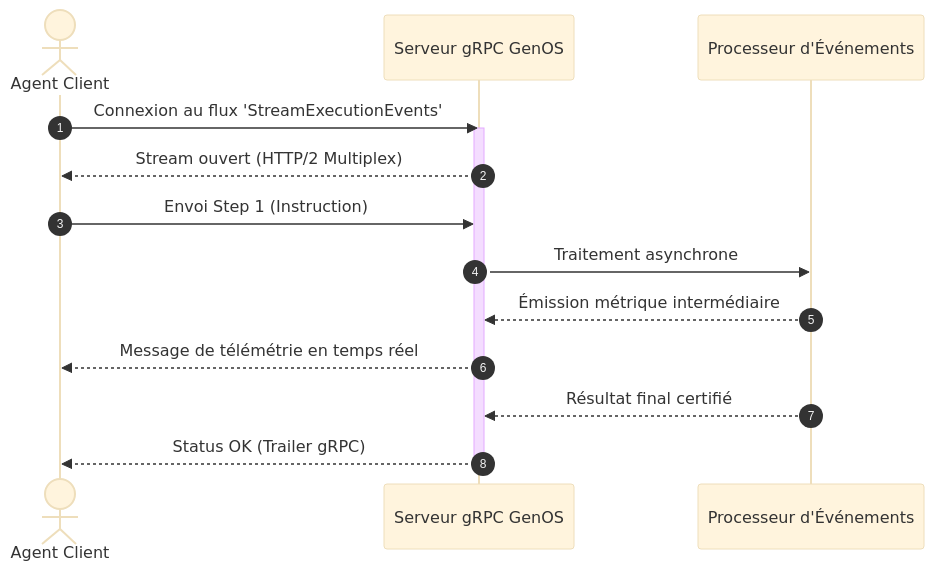
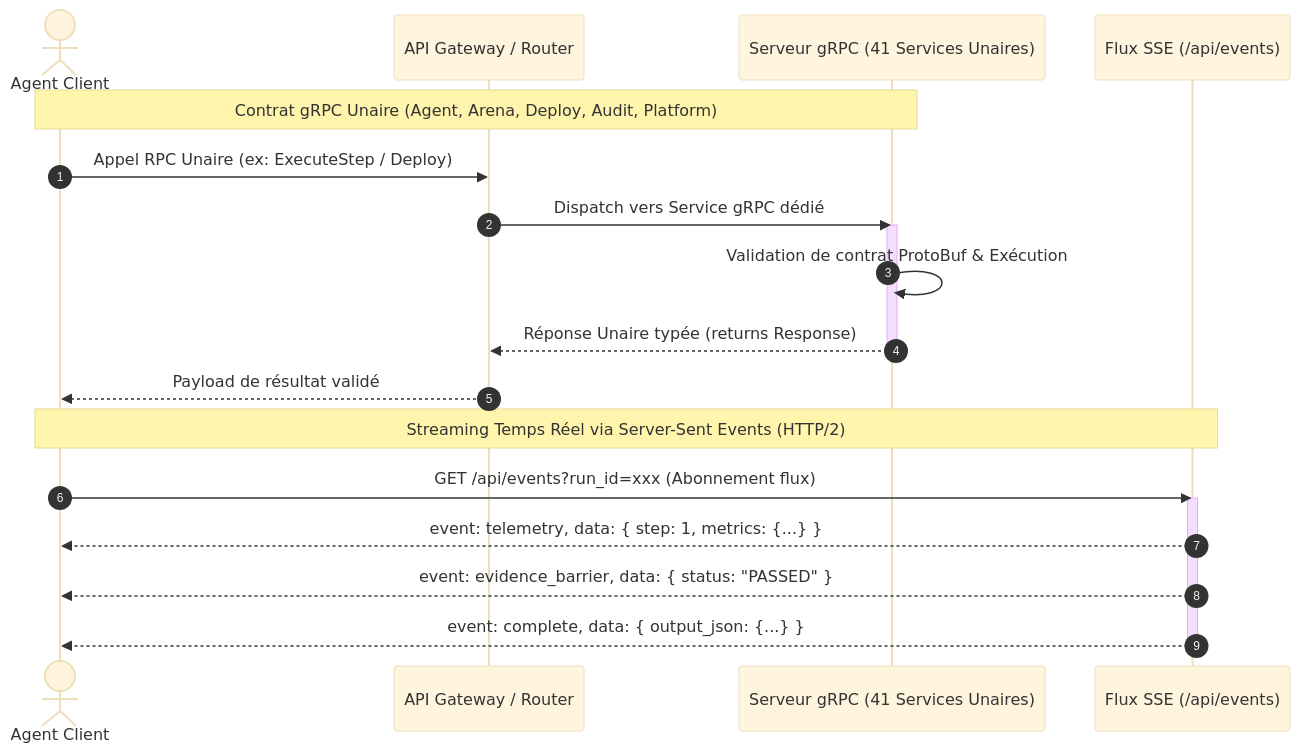
The third of 3 diagrams in docs/API_CONTRATS.md (PISSARAW/GenOS), drawn with Mermaid (base theme) before and after one commit. The commit also changed other lines of this file and 2 other files, not shown here.

Commit message:
[DOCS] Point 2: Alignement des contrats gRPC/SSE et mesure reelle de latence cnidocyte

````diff
--- a/docs/API_CONTRATS.md
+++ b/docs/API_CONTRATS.md
@@ -309,20 +309,25 @@
 ```mermaid
 sequenceDiagram
     autonumber
     actor Client as Agent Client
-    participant gRPCServer as Serveur gRPC GenOS
-    participant StreamProcessor as Processeur d'Événements
+    participant Gateway as API Gateway / Router
+    participant gRPCServer as Serveur gRPC (41 Services Unaires)
+    participant SSEStream as Flux SSE (/api/events)
 
-    Client->>gRPCServer: Connexion au flux 'StreamExecutionEvents'
+    Note over Client,gRPCServer: Contrat gRPC Unaire (Agent, Arena, Deploy, Audit, Platform)
+    Client->>Gateway: Appel RPC Unaire (ex: ExecuteStep / Deploy)
+    Gateway->>gRPCServer: Dispatch vers Service gRPC dédié
     activate gRPCServer
-    gRPCServer-->>Client: Stream ouvert (HTTP/2 Multiplex)
-    
-    Client->>gRPCServer: Envoi Step 1 (Instruction)
-    gRPCServer->>StreamProcessor: Traitement asynchrone
-    StreamProcessor-->>gRPCServer: Émission métrique intermédiaire
-    gRPCServer-->>Client: Message de télémétrie en temps réel
-    
-    StreamProcessor-->>gRPCServer: Résultat final certifié
-    gRPCServer-->>Client: Status OK (Trailer gRPC)
+    gRPCServer->>gRPCServer: Validation de contrat ProtoBuf & Exécution
+    gRPCServer-->>Gateway: Réponse Unaire typée (returns Response)
     deactivate gRPCServer
+    Gateway-->>Client: Payload de résultat validé
+
+    Note over Client,SSEStream: Streaming Temps Réel via Server-Sent Events (HTTP/2)
+    Client->>SSEStream: GET /api/events?run_id=xxx (Abonnement flux)
+    activate SSEStream
+    SSEStream-->>Client: event: telemetry, data: { step: 1, metrics: {...} }
+    SSEStream-->>Client: event: evidence_barrier, data: { status: "PASSED" }
+    SSEStream-->>Client: event: complete, data: { output_json: {...} }
+    deactivate SSEStream
 ```
````
